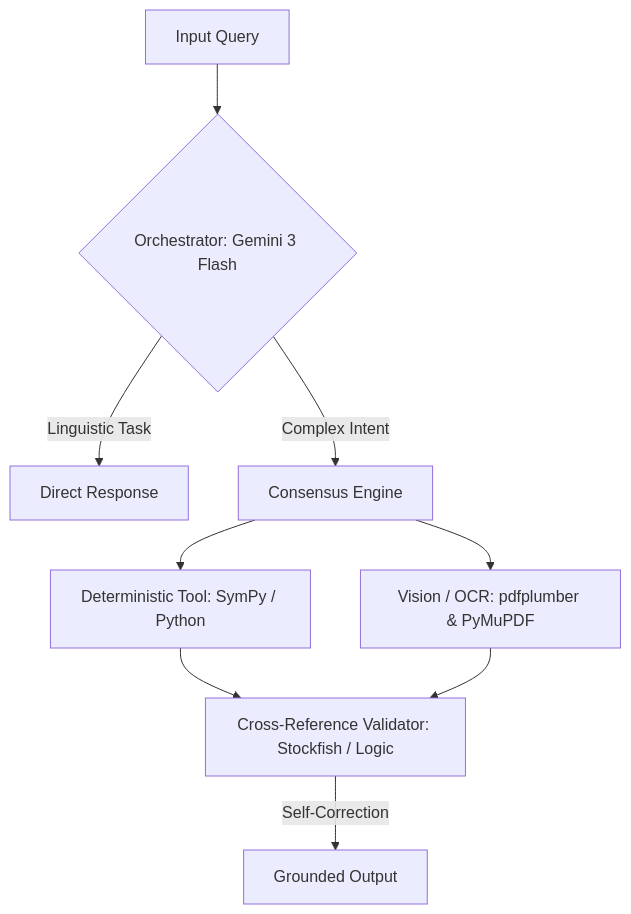
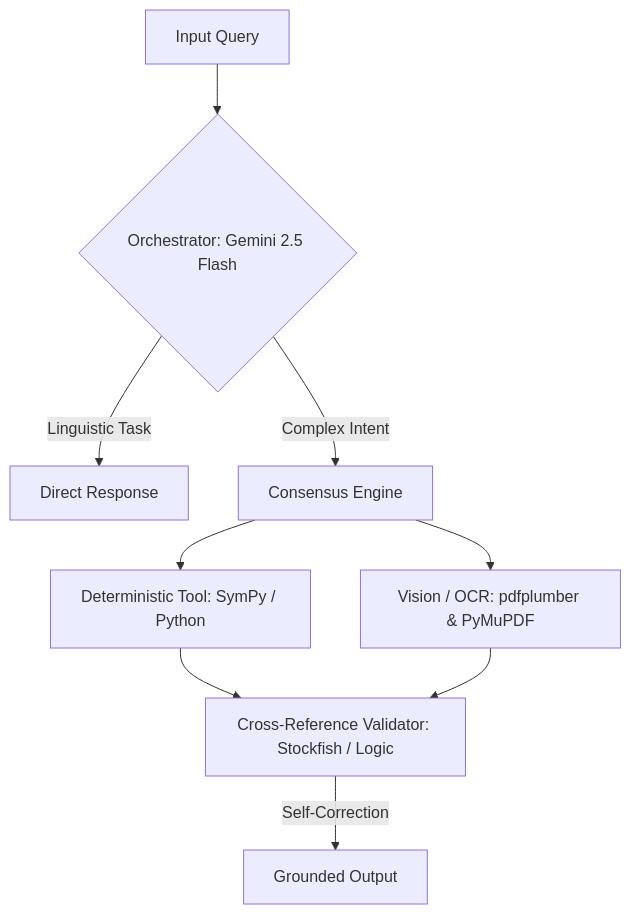
The diagram in README.md (markmitrani/AISO-ml6-workshop), drawn with Mermaid before and after one commit. The commit also changed other lines of this file, not shown here.

Commit message:
docs: correct model name to Gemini 2.5 Flash

````diff
--- a/README.md
+++ b/README.md
@@ -43,10 +43,10 @@
 ```mermaid
 graph TD
-    A[Input Query] --> B{Orchestrator: Gemini 3 Flash}
+    A[Input Query] --> B{Orchestrator: Gemini 2.5 Flash}
     B -->|Linguistic Task| C[Direct Response]
     B -->|Complex Intent| D[Consensus Engine]
     D --> E[Deterministic Tool: SymPy / Python]
     D --> F[Vision / OCR: pdfplumber & PyMuPDF]
     E & F --> G[Cross-Reference Validator: Stockfish / Logic]
     G -->|Self-Correction| H[Grounded Output]
 ```
````
